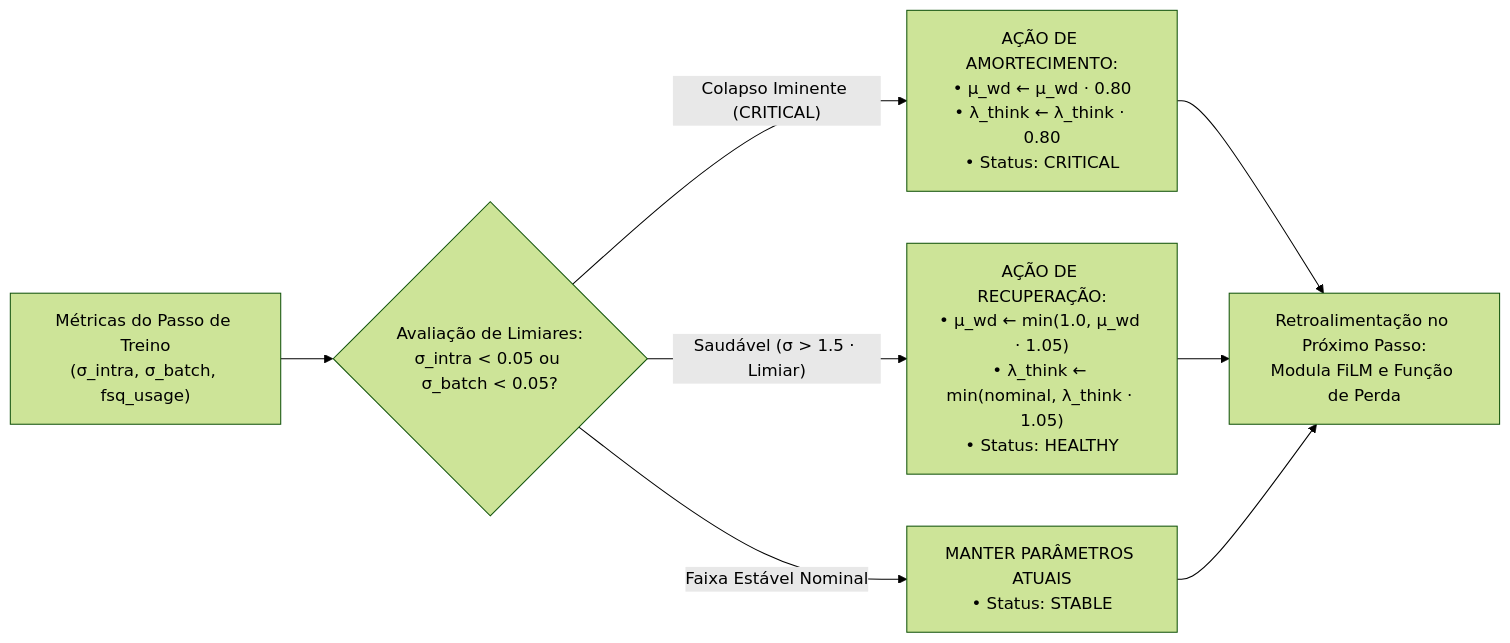
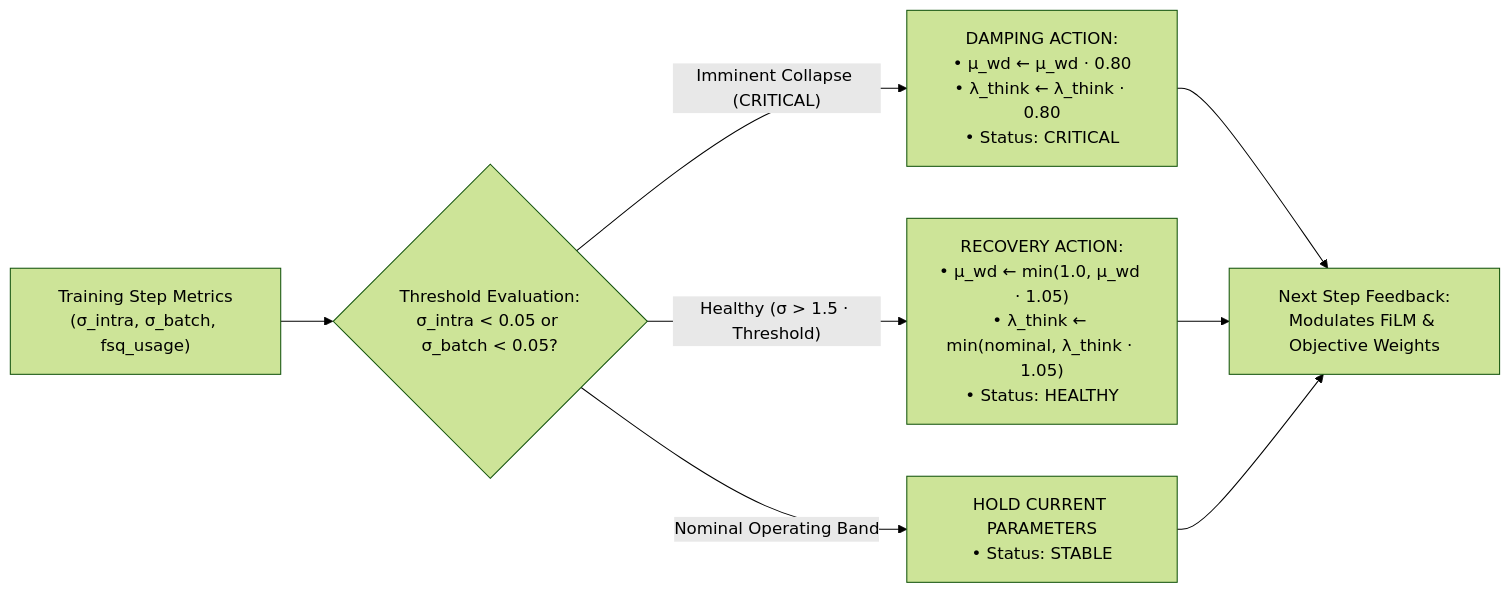
Before and after one commit to johnknevescarrijo/Noema-JEPAv1: the second of 2 diagrams in README.md, drawn with Mermaid (forest theme). The commit also changed other lines of this file, not shown here.

````diff
--- a/README.md
+++ b/README.md
@@ -467,12 +467,12 @@
 ```mermaid
 flowchart LR
-    Metrics["Métricas do Passo de Treino<br/>(σ_intra, σ_batch, fsq_usage)"] --> Watchdog{"Avaliação de Limiares:<br/>σ_intra < 0.05 ou σ_batch < 0.05?"}
+    Metrics["Training Step Metrics<br/>(σ_intra, σ_batch, fsq_usage)"] --> Watchdog{"Threshold Evaluation:<br/>σ_intra < 0.05 or σ_batch < 0.05?"}
     
-    Watchdog -- "Colapso Iminente (CRITICAL)" --> Damp["AÇÃO DE AMORTECIMENTO:<br/>• μ_wd ← μ_wd · 0.80<br/>• λ_think ← λ_think · 0.80<br/>• Status: CRITICAL"]
-    Watchdog -- "Saudável (σ > 1.5 · Limiar)" --> Recover["AÇÃO DE RECUPERAÇÃO:<br/>• μ_wd ← min(1.0, μ_wd · 1.05)<br/>• λ_think ← min(nominal, λ_think · 1.05)<br/>• Status: HEALTHY"]
-    Watchdog -- "Faixa Estável Nominal" --> Stable["MANTER PARÂMETROS ATUAIS<br/>• Status: STABLE"]
+    Watchdog -- "Imminent Collapse (CRITICAL)" --> Damp["DAMPING ACTION:<br/>• μ_wd ← μ_wd · 0.80<br/>• λ_think ← λ_think · 0.80<br/>• Status: CRITICAL"]
+    Watchdog -- "Healthy (σ > 1.5 · Threshold)" --> Recover["RECOVERY ACTION:<br/>• μ_wd ← min(1.0, μ_wd · 1.05)<br/>• λ_think ← min(nominal, λ_think · 1.05)<br/>• Status: HEALTHY"]
+    Watchdog -- "Nominal Operating Band" --> Stable["HOLD CURRENT PARAMETERS<br/>• Status: STABLE"]
 
-    Damp --> Apply["Retroalimentação no Próximo Passo:<br/>Modula FiLM e Função de Perda"]
+    Damp --> Apply["Next Step Feedback:<br/>Modulates FiLM & Objective Weights"]
     Recover --> Apply
     Stable --> Apply
 ```
````
